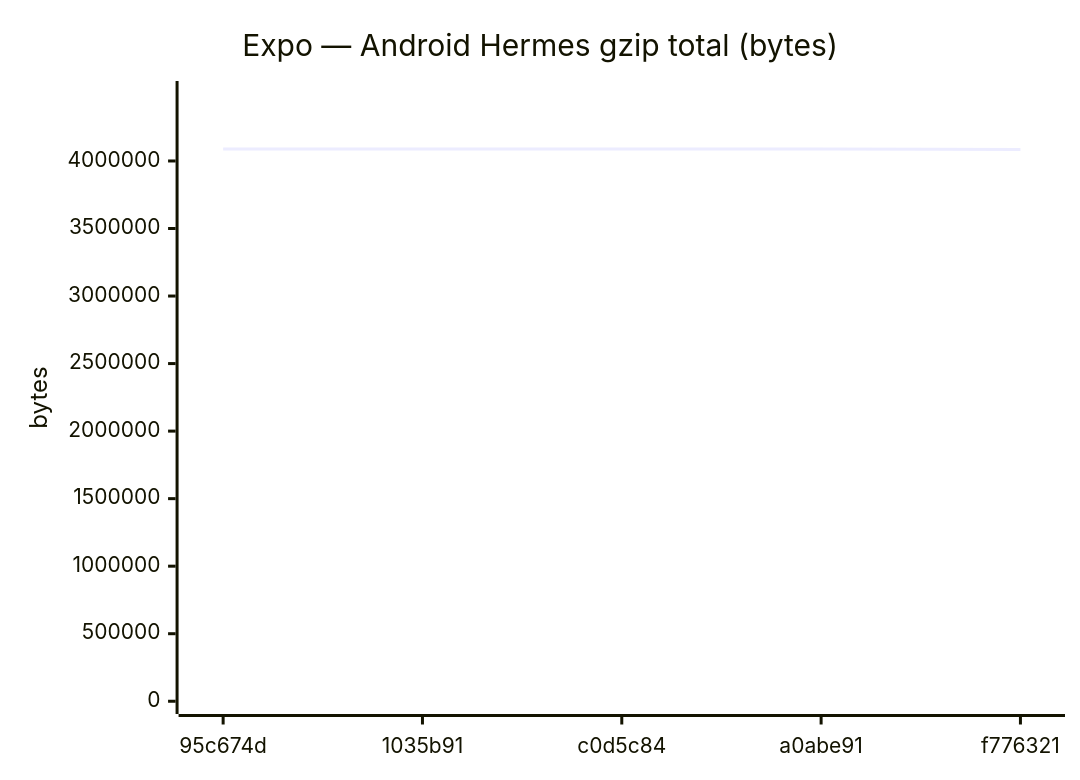
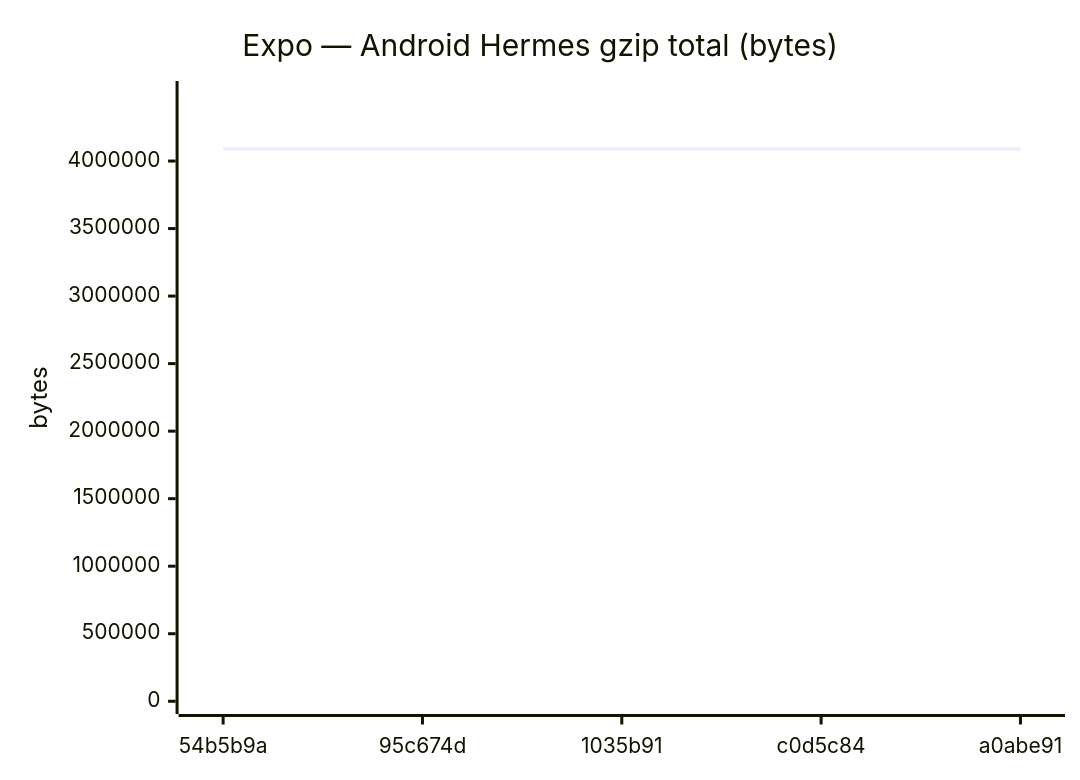
Diagram 11 of 18 in benchmarks/compare.md (Metaheurist/Rianell), drawn with Mermaid before and after one commit. The commit also changed other lines of this file and 11 other files, not shown here.

````diff
--- a/benchmarks/compare.md
+++ b/benchmarks/compare.md
@@ -172,7 +172,7 @@
 ```mermaid
 xychart-beta
     title "Expo — Android Hermes gzip total (bytes)"
-    x-axis ["95c674d", "1035b91", "c0d5c84", "a0abe91", "f776321"]
-    y-axis "bytes" 0 --> 4497696
-    line [4088814, 4088813, 4088813, 4088812, 4085830]
+    x-axis ["54b5b9a", "95c674d", "1035b91", "c0d5c84", "a0abe91"]
+    y-axis "bytes" 0 --> 4498245
+    line [4089313, 4088814, 4088813, 4088813, 4088812]
 ```
````
